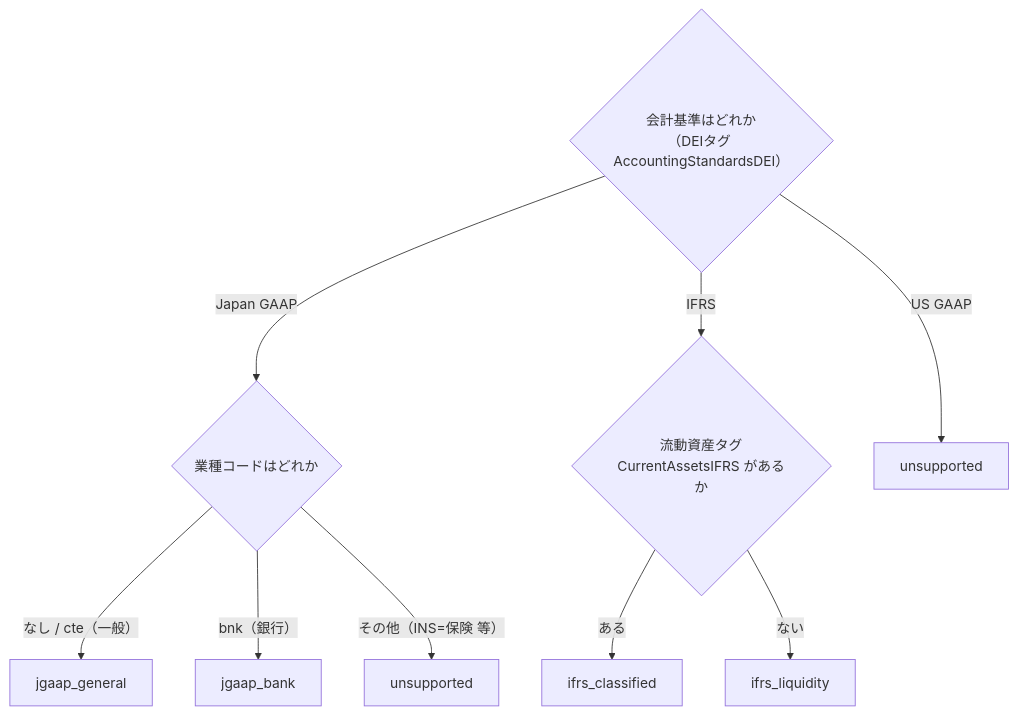
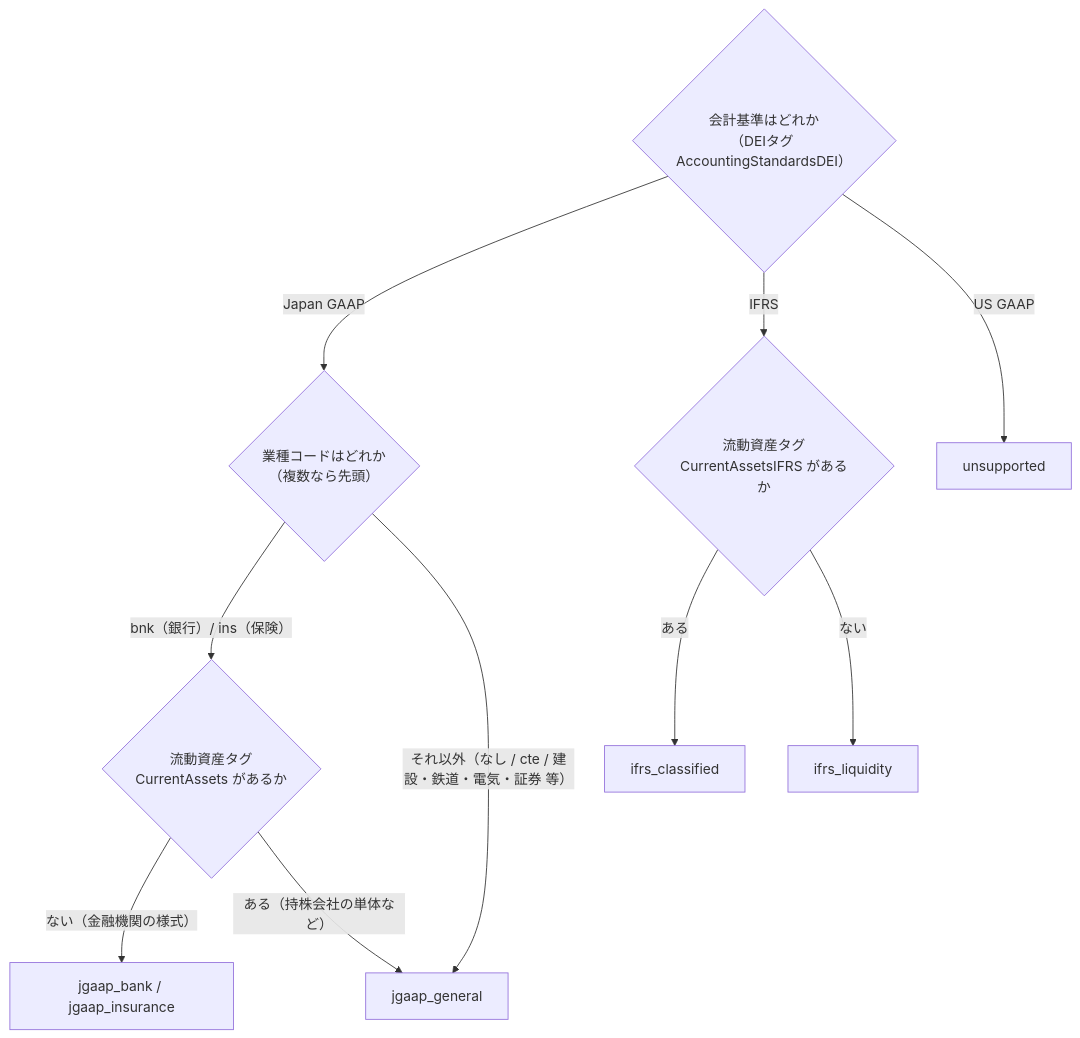
Before and after one commit to shin4488/financial-statement: the seventh of 8 diagrams in docs/guide/03_system_overview.md, drawn with Mermaid. The commit also changed other lines of this file and 7 other files, not shown here.

````diff
--- a/docs/guide/03_system_overview.md
+++ b/docs/guide/03_system_overview.md
@@ -282,11 +284,12 @@
 ```mermaid
 flowchart TB
-    Start{"会計基準はどれか<br>（DEIタグ AccountingStandardsDEI）"} -->|Japan GAAP| Ind{"業種コードはどれか"}
+    Start{"会計基準はどれか<br>（DEIタグ AccountingStandardsDEI）"} -->|Japan GAAP| Ind{"業種コードはどれか<br>（複数なら先頭）"}
     Start -->|IFRS| Tag{"流動資産タグ<br>CurrentAssetsIFRS があるか"}
     Start -->|US GAAP| Unsup2["unsupported"]
-    Ind -->|"なし / cte（一般）"| General["jgaap_general"]
-    Ind -->|"bnk（銀行）"| Bank["jgaap_bank"]
-    Ind -->|"その他（INS=保険 等）"| Unsup1["unsupported"]
+    Ind -->|"bnk（銀行）/ ins（保険）"| FinTag{"流動資産タグ<br>CurrentAssets があるか"}
+    Ind -->|"それ以外（なし / cte / 建設・鉄道・電気・証券 等）"| General["jgaap_general"]
+    FinTag -->|"ない（金融機関の様式）"| Fin["jgaap_bank / jgaap_insurance"]
+    FinTag -->|"ある（持株会社の単体など）"| General
     Tag -->|ある| Cls["ifrs_classified"]
     Tag -->|ない| Liq["ifrs_liquidity"]
 ```
````
